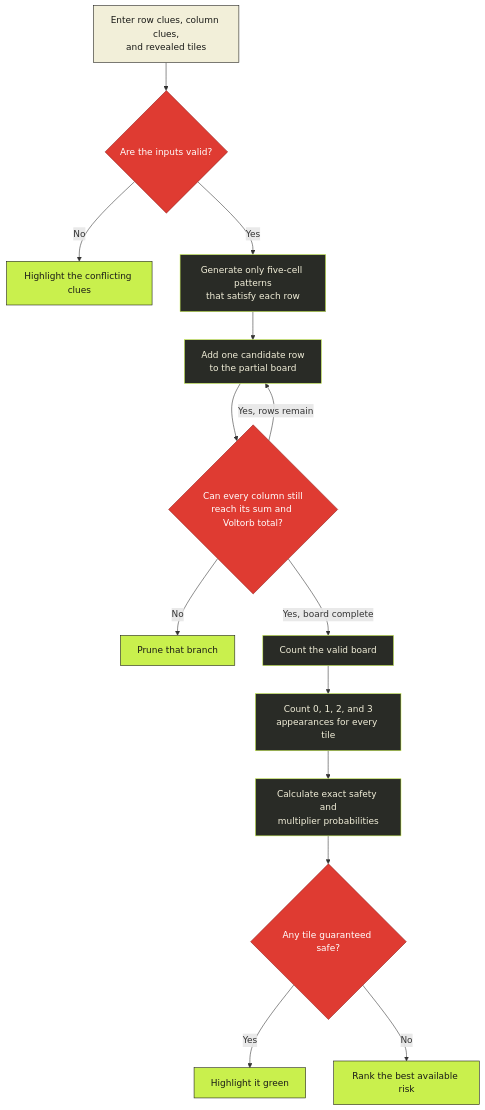
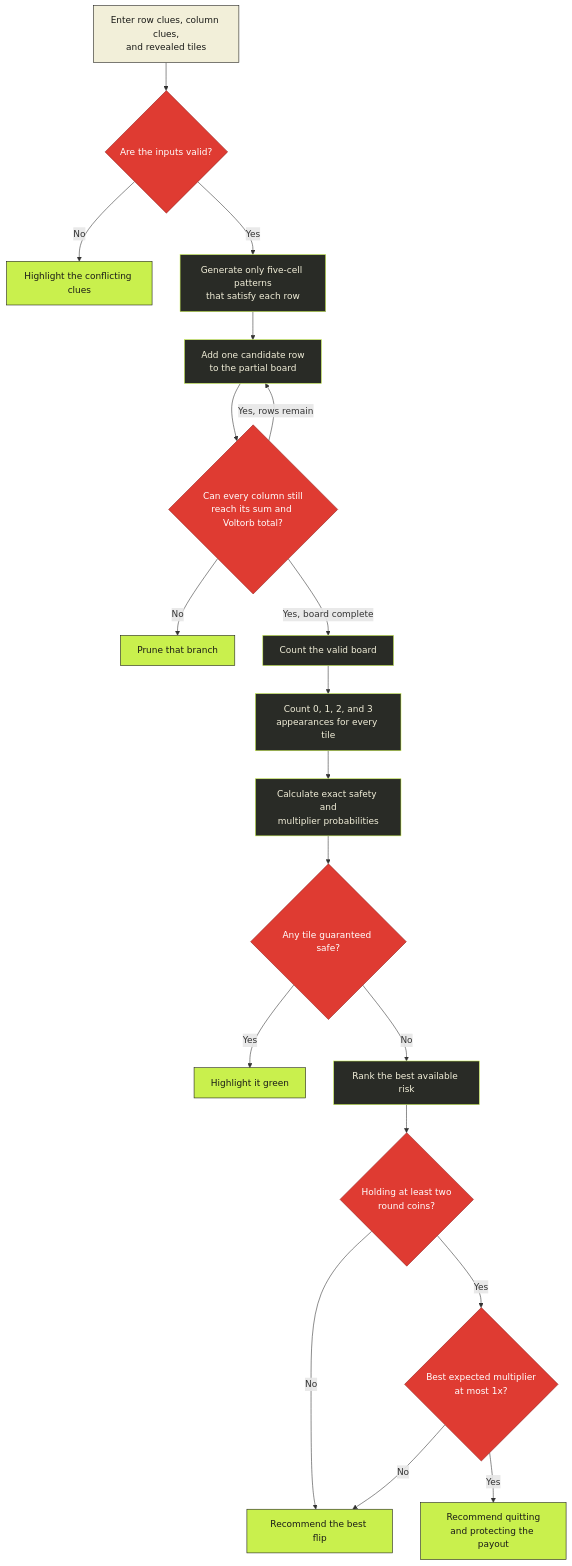
Before and after one commit to theedward/voltorb-flip: the diagram in README.md, drawn with Mermaid. The commit also changed 2 other files, not shown here.

Commit message:
Prepare Voltorb Lab v1.0.0

````diff
--- a/README.md
+++ b/README.md
@@ -76,25 +76,30 @@
 ```mermaid
 flowchart TD
     A["Enter row clues, column clues,<br/>and revealed tiles"] --> B{"Are the inputs valid?"}
     B -- "No" --> C["Highlight the conflicting clues"]
     B -- "Yes" --> D["Generate only five-cell patterns<br/>that satisfy each row"]
     D --> E["Add one candidate row<br/>to the partial board"]
     E --> F{"Can every column still<br/>reach its sum and Voltorb total?"}
     F -- "No" --> G["Prune that branch"]
     F -- "Yes, rows remain" --> E
     F -- "Yes, board complete" --> H["Count the valid board"]
     H --> I["Count 0, 1, 2, and 3<br/>appearances for every tile"]
     I --> J["Calculate exact safety and<br/>multiplier probabilities"]
     J --> K{"Any tile guaranteed safe?"}
     K -- "Yes" --> L["Highlight it green"]
     K -- "No" --> M["Rank the best available risk"]
+    M --> N{"Holding at least two<br/>round coins?"}
+    N -- "No" --> O["Recommend the best flip"]
+    N -- "Yes" --> P{"Best expected multiplier<br/>at most 1x?"}
+    P -- "No" --> O
+    P -- "Yes" --> Q["Recommend quitting<br/>and protecting the payout"]
 
     classDef input fill:#f2efd9,stroke:#191a17,color:#191a17;
     classDef process fill:#292b26,stroke:#c9f04d,color:#f2efd9;
     classDef decision fill:#df3b32,stroke:#8f201d,color:#ffffff;
     classDef result fill:#c9f04d,stroke:#191a17,color:#191a17;
     class A input;
-    class D,E,H,I,J process;
-    class B,F,K decision;
-    class C,G,L,M result;
+    class D,E,H,I,J,M process;
+    class B,F,K,N,P decision;
+    class C,G,L,O,Q result;
 ```
````
